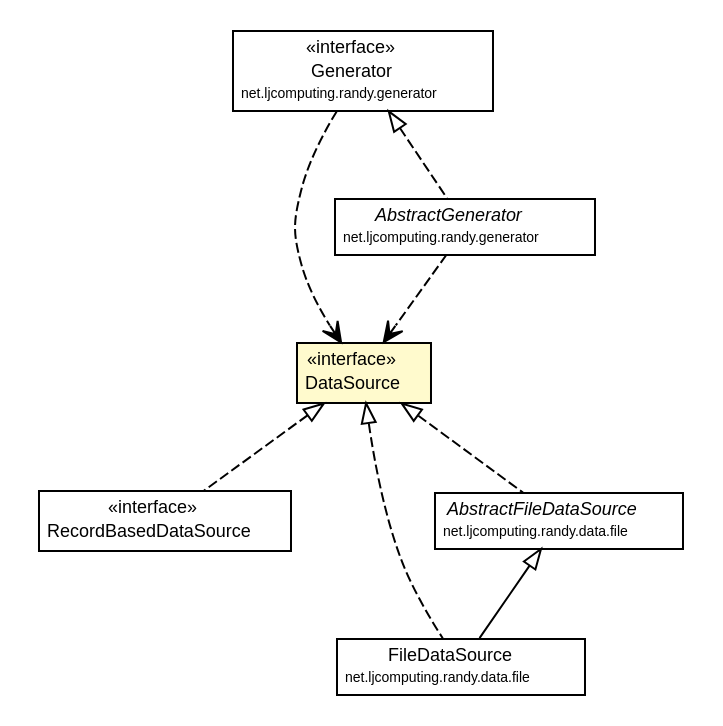
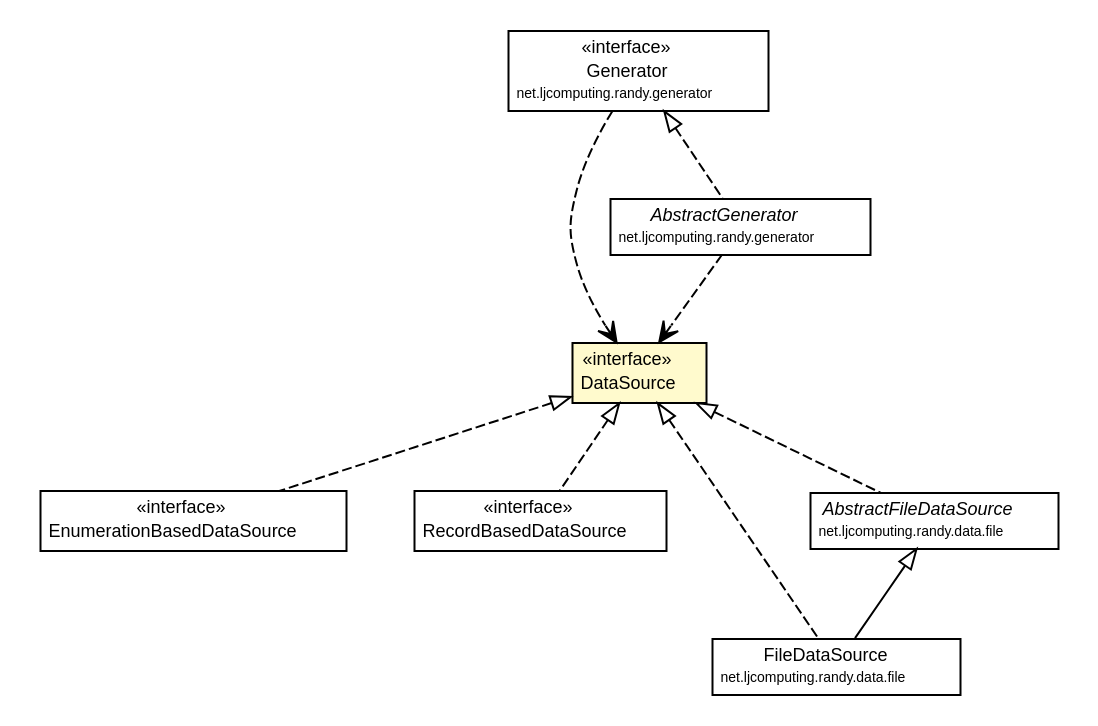
The diagram in docs/javadoc/apidocs/net/ljcomputing/randy/data/DataSource.dot (willmorejg/net.ljcomputing.randy), drawn with Graphviz before and after one commit. The commit also changed 148 other files, not shown here.

```diff
--- a/docs/javadoc/apidocs/net/ljcomputing/randy/data/DataSource.dot
+++ b/docs/javadoc/apidocs/net/ljcomputing/randy/data/DataSource.dot
@@ -1,69 +1,78 @@
 #!/usr/local/bin/dot
 #
 # Class diagram 
 # Generated by UMLGraph version R5_6 (http://www.umlgraph.org/)
 #
 
 digraph G {
 	edge [fontname="Helvetica",fontsize=10,labelfontname="Helvetica",labelfontsize=10];
 	node [fontname="Helvetica",fontsize=10,shape=plaintext];
 	nodesep=0.25;
 	ranksep=0.5;
+	// net.ljcomputing.randy.data.EnumerationBasedDataSource
+	c324 [label=<<table title="net.ljcomputing.randy.data.EnumerationBasedDataSource" border="0" cellborder="1" cellspacing="0" cellpadding="2" port="p" href="./EnumerationBasedDataSource.html">
+		<tr><td><table border="0" cellspacing="0" cellpadding="1">
+<tr><td align="center" balign="center"> &#171;interface&#187; </td></tr>
+<tr><td align="center" balign="center"> EnumerationBasedDataSource </td></tr>
+		</table></td></tr>
+		</table>>, URL="./EnumerationBasedDataSource.html", fontname="Helvetica", fontcolor="black", fontsize=9.0];
 	// net.ljcomputing.randy.data.RecordBasedDataSource
-	c217 [label=<<table title="net.ljcomputing.randy.data.RecordBasedDataSource" border="0" cellborder="1" cellspacing="0" cellpadding="2" port="p" href="./RecordBasedDataSource.html">
+	c325 [label=<<table title="net.ljcomputing.randy.data.RecordBasedDataSource" border="0" cellborder="1" cellspacing="0" cellpadding="2" port="p" href="./RecordBasedDataSource.html">
 		<tr><td><table border="0" cellspacing="0" cellpadding="1">
 <tr><td align="center" balign="center"> &#171;interface&#187; </td></tr>
 <tr><td align="center" balign="center"> RecordBasedDataSource </td></tr>
 		</table></td></tr>
 		</table>>, URL="./RecordBasedDataSource.html", fontname="Helvetica", fontcolor="black", fontsize=9.0];
 	// net.ljcomputing.randy.data.DataSource
-	c218 [label=<<table title="net.ljcomputing.randy.data.DataSource" border="0" cellborder="1" cellspacing="0" cellpadding="2" port="p" bgcolor="lemonChiffon" href="./DataSource.html">
+	c326 [label=<<table title="net.ljcomputing.randy.data.DataSource" border="0" cellborder="1" cellspacing="0" cellpadding="2" port="p" bgcolor="lemonChiffon" href="./DataSource.html">
 		<tr><td><table border="0" cellspacing="0" cellpadding="1">
 <tr><td align="center" balign="center"> &#171;interface&#187; </td></tr>
 <tr><td align="center" balign="center"> DataSource </td></tr>
 		</table></td></tr>
 		</table>>, URL="./DataSource.html", fontname="Helvetica", fontcolor="black", fontsize=9.0];
 	// net.ljcomputing.randy.data.file.FileDataSource
-	c220 [label=<<table title="net.ljcomputing.randy.data.file.FileDataSource" border="0" cellborder="1" cellspacing="0" cellpadding="2" port="p" href="./file/FileDataSource.html">
+	c330 [label=<<table title="net.ljcomputing.randy.data.file.FileDataSource" border="0" cellborder="1" cellspacing="0" cellpadding="2" port="p" href="./file/FileDataSource.html">
 		<tr><td><table border="0" cellspacing="0" cellpadding="1">
 <tr><td align="center" balign="center"> FileDataSource </td></tr>
 <tr><td align="center" balign="center"><font point-size="7.0"> net.ljcomputing.randy.data.file </font></td></tr>
 		</table></td></tr>
 		</table>>, URL="./file/FileDataSource.html", fontname="Helvetica", fontcolor="black", fontsize=9.0];
 	// net.ljcomputing.randy.data.file.AbstractFileDataSource
-	c221 [label=<<table title="net.ljcomputing.randy.data.file.AbstractFileDataSource" border="0" cellborder="1" cellspacing="0" cellpadding="2" port="p" href="./file/AbstractFileDataSource.html">
+	c331 [label=<<table title="net.ljcomputing.randy.data.file.AbstractFileDataSource" border="0" cellborder="1" cellspacing="0" cellpadding="2" port="p" href="./file/AbstractFileDataSource.html">
 		<tr><td><table border="0" cellspacing="0" cellpadding="1">
 <tr><td align="center" balign="center"><font face="Helvetica-Oblique"> AbstractFileDataSource </font></td></tr>
 <tr><td align="center" balign="center"><font point-size="7.0"> net.ljcomputing.randy.data.file </font></td></tr>
 		</table></td></tr>
 		</table>>, URL="./file/AbstractFileDataSource.html", fontname="Helvetica", fontcolor="black", fontsize=9.0];
 	// net.ljcomputing.randy.generator.AbstractGenerator
-	c231 [label=<<table title="net.ljcomputing.randy.generator.AbstractGenerator" border="0" cellborder="1" cellspacing="0" cellpadding="2" port="p" href="../generator/AbstractGenerator.html">
+	c343 [label=<<table title="net.ljcomputing.randy.generator.AbstractGenerator" border="0" cellborder="1" cellspacing="0" cellpadding="2" port="p" href="../generator/AbstractGenerator.html">
 		<tr><td><table border="0" cellspacing="0" cellpadding="1">
 <tr><td align="center" balign="center"><font face="Helvetica-Oblique"> AbstractGenerator </font></td></tr>
 <tr><td align="center" balign="center"><font point-size="7.0"> net.ljcomputing.randy.generator </font></td></tr>
 		</table></td></tr>
 		</table>>, URL="../generator/AbstractGenerator.html", fontname="Helvetica", fontcolor="black", fontsize=9.0];
 	// net.ljcomputing.randy.generator.Generator
-	c232 [label=<<table title="net.ljcomputing.randy.generator.Generator" border="0" cellborder="1" cellspacing="0" cellpadding="2" port="p" href="../generator/Generator.html">
+	c344 [label=<<table title="net.ljcomputing.randy.generator.Generator" border="0" cellborder="1" cellspacing="0" cellpadding="2" port="p" href="../generator/Generator.html">
 		<tr><td><table border="0" cellspacing="0" cellpadding="1">
 <tr><td align="center" balign="center"> &#171;interface&#187; </td></tr>
 <tr><td align="center" balign="center"> Generator </td></tr>
 <tr><td align="center" balign="center"><font point-size="7.0"> net.ljcomputing.randy.generator </font></td></tr>
 		</table></td></tr>
 		</table>>, URL="../generator/Generator.html", fontname="Helvetica", fontcolor="black", fontsize=9.0];
+	//net.ljcomputing.randy.data.EnumerationBasedDataSource implements net.ljcomputing.randy.data.DataSource
+	c326:p -> c324:p [dir=back,arrowtail=empty,style=dashed];
 	//net.ljcomputing.randy.data.RecordBasedDataSource implements net.ljcomputing.randy.data.DataSource
-	c218:p -> c217:p [dir=back,arrowtail=empty,style=dashed];
+	c326:p -> c325:p [dir=back,arrowtail=empty,style=dashed];
 	//net.ljcomputing.randy.data.file.FileDataSource extends net.ljcomputing.randy.data.file.AbstractFileDataSource
-	c221:p -> c220:p [dir=back,arrowtail=empty];
+	c331:p -> c330:p [dir=back,arrowtail=empty];
 	//net.ljcomputing.randy.data.file.FileDataSource implements net.ljcomputing.randy.data.DataSource
-	c218:p -> c220:p [dir=back,arrowtail=empty,style=dashed];
+	c326:p -> c330:p [dir=back,arrowtail=empty,style=dashed];
 	//net.ljcomputing.randy.data.file.AbstractFileDataSource implements net.ljcomputing.randy.data.DataSource
-	c218:p -> c221:p [dir=back,arrowtail=empty,style=dashed];
+	c326:p -> c331:p [dir=back,arrowtail=empty,style=dashed];
 	//net.ljcomputing.randy.generator.AbstractGenerator implements net.ljcomputing.randy.generator.Generator
-	c232:p -> c231:p [dir=back,arrowtail=empty,style=dashed];
+	c344:p -> c343:p [dir=back,arrowtail=empty,style=dashed];
 	// net.ljcomputing.randy.generator.AbstractGenerator DEPEND net.ljcomputing.randy.data.DataSource
-	c231:p -> c218:p [taillabel="", label="", headlabel="", fontname="Helvetica", fontcolor="black", fontsize=10.0, color="black", arrowhead=open, style=dashed];
+	c343:p -> c326:p [taillabel="", label="", headlabel="", fontname="Helvetica", fontcolor="black", fontsize=10.0, color="black", arrowhead=open, style=dashed];
 	// net.ljcomputing.randy.generator.Generator DEPEND net.ljcomputing.randy.data.DataSource
-	c232:p -> c218:p [taillabel="", label="", headlabel="", fontname="Helvetica", fontcolor="black", fontsize=10.0, color="black", arrowhead=open, style=dashed];
+	c344:p -> c326:p [taillabel="", label="", headlabel="", fontname="Helvetica", fontcolor="black", fontsize=10.0, color="black", arrowhead=open, style=dashed];
 }
```
